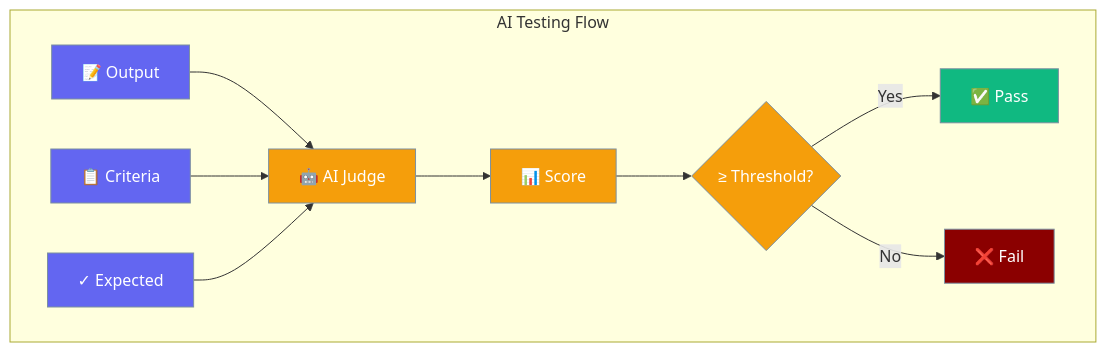
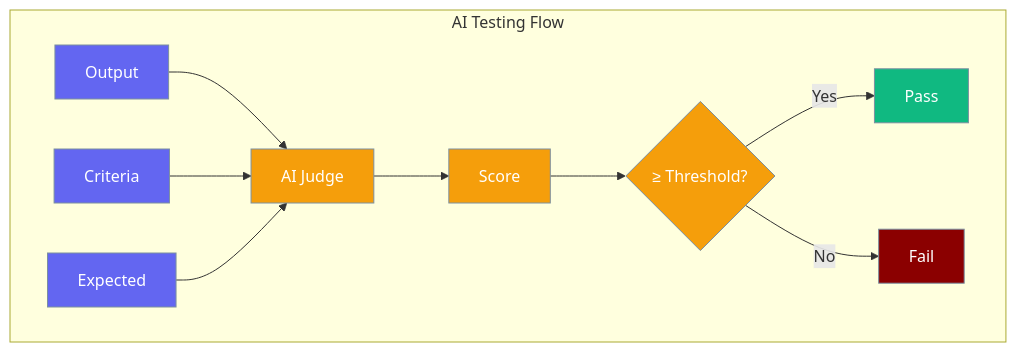
One commit to MervinPraison/TestAgent changed the diagram in docs/concepts/testing.md. Above: the diagram before and after it, drawn with Mermaid. The commit also changed 4 other files, not shown here.

Commit message:
fix: Remove emojis from mermaid diagrams for compatibility

````diff
--- a/docs/concepts/testing.md
+++ b/docs/concepts/testing.md
@@ -5,22 +5,22 @@
 ```mermaid
 graph TB
     subgraph "AI Testing Flow"
-        A[📝 Output] --> B[🤖 AI Judge]
-        C[📋 Criteria] --> B
-        D[✓ Expected] --> B
-        B --> E[📊 Score]
+        A[Output] --> B[AI Judge]
+        C[Criteria] --> B
+        D[Expected] --> B
+        B --> E[Score]
         E --> F{≥ Threshold?}
-        F -->|Yes| G[✅ Pass]
-        F -->|No| H[❌ Fail]
+        F -->|Yes| G[Pass]
+        F -->|No| H[Fail]
     end
     
     classDef input fill:#6366F1,stroke:#7C90A0,color:#fff
     classDef judge fill:#F59E0B,stroke:#7C90A0,color:#fff
     classDef pass fill:#10B981,stroke:#7C90A0,color:#fff
     classDef fail fill:#8B0000,stroke:#7C90A0,color:#fff
     
     class A,C,D input
     class B,E,F judge
     class G pass
     class H fail
 ```
````
